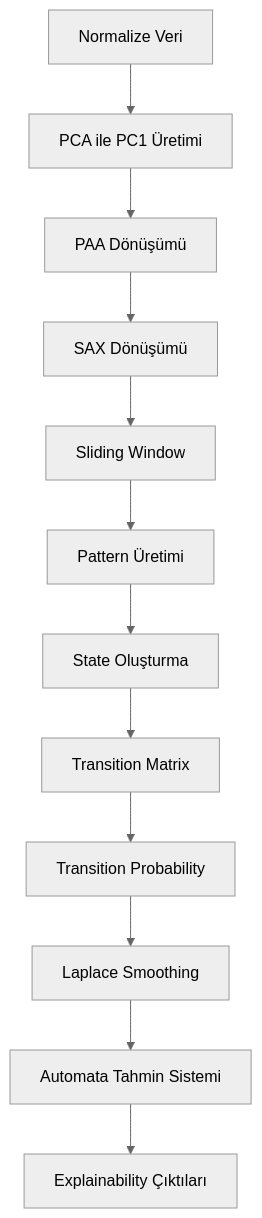
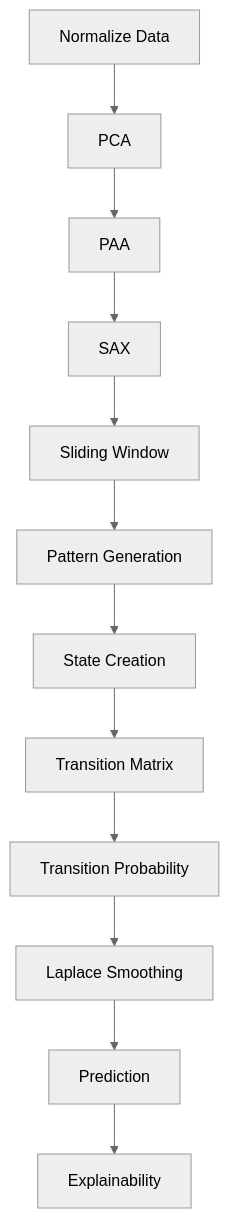
The first of 2 diagrams in README.md (senaycengiz/yazlab2-aciklanabilir-zaman-serisi-analizi), drawn with Mermaid (neutral theme) before and after one commit. The commit also changed other lines of this file, not shown here.

````diff
--- a/README.md
+++ b/README.md
@@ -308,20 +266,20 @@
 ```mermaid
 flowchart TD
 
-A[Normalize Veri]
---> B[PCA ile PC1 Üretimi]
+A[Normalize Data]
+--> B[PCA]
 
-B --> C[PAA Dönüşümü]
-C --> D[SAX Dönüşümü]
+B --> C[PAA]
+C --> D[SAX]
 D --> E[Sliding Window]
 
-E --> F[Pattern Üretimi]
-F --> G[State Oluşturma]
+E --> F[Pattern Generation]
+F --> G[State Creation]
 G --> H[Transition Matrix]
 
 H --> I[Transition Probability]
 I --> J[Laplace Smoothing]
 
-J --> K[Automata Tahmin Sistemi]
-K --> L[Explainability Çıktıları]
+J --> K[Prediction]
+K --> L[Explainability]
 ```
````
